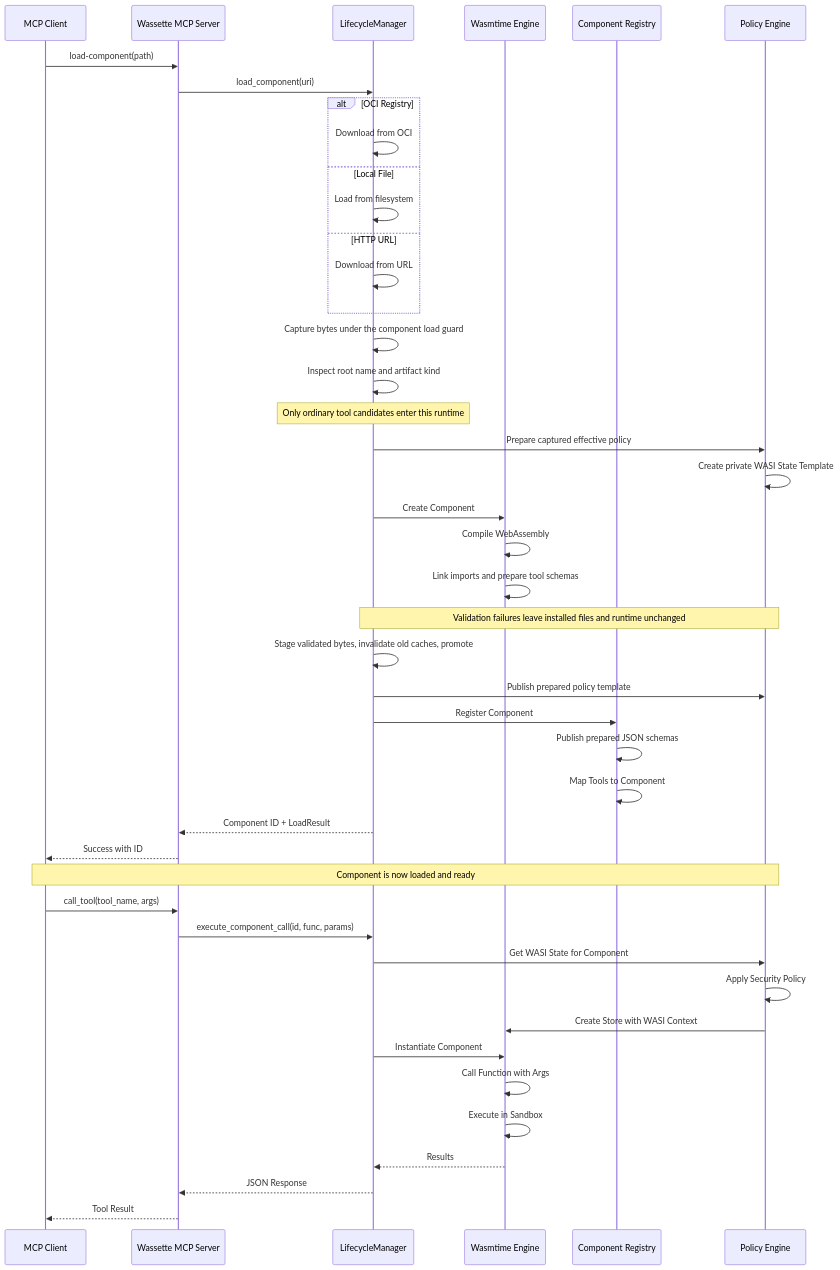
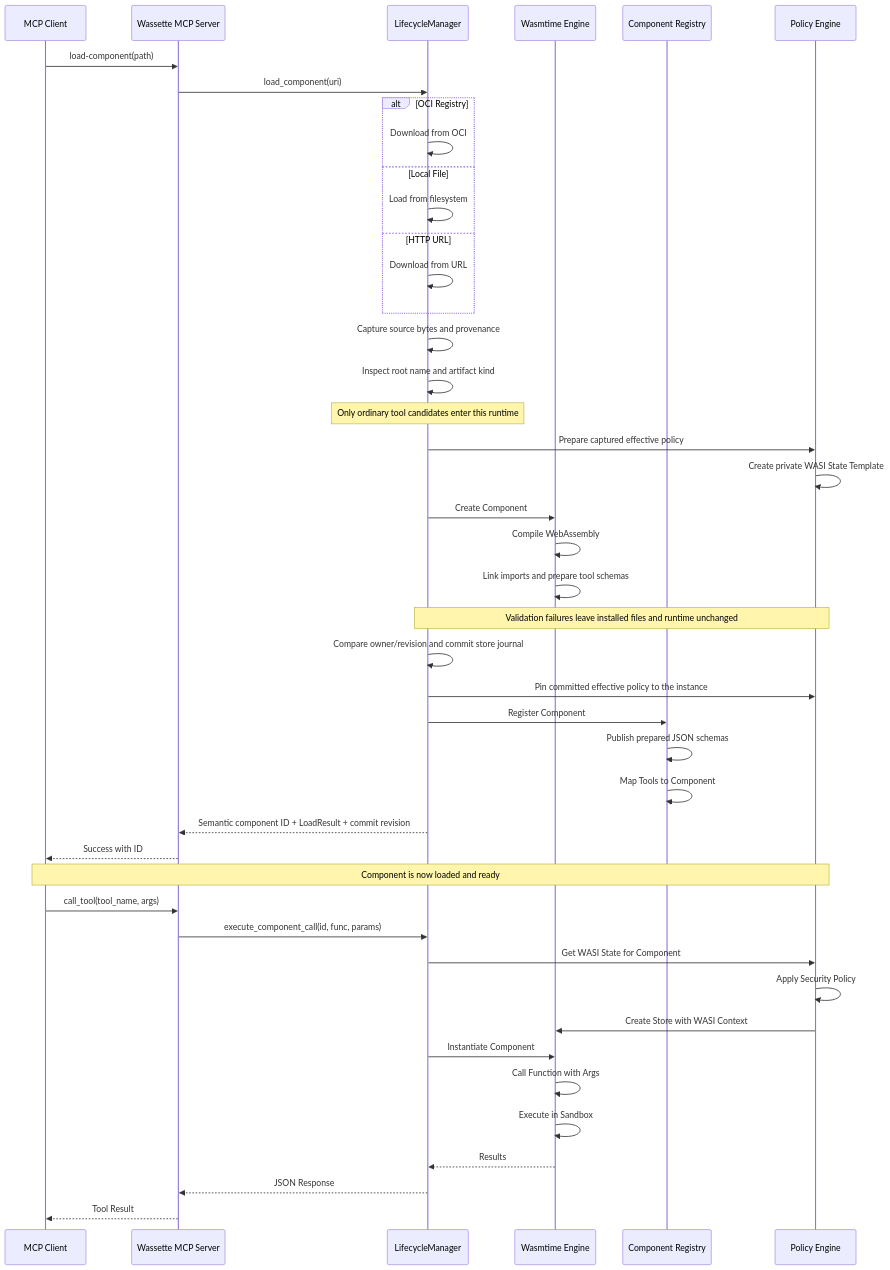
Before and after one commit to microsoft/wassette: the diagram in docs/design/architecture.md, drawn with Mermaid. The commit also changed other lines of this file and 44 other files, not shown here.

First line of the commit message:
Make component storage transactional and provenance-aware

````diff
--- a/docs/design/architecture.md
+++ b/docs/design/architecture.md
@@ -1,56 +1,56 @@
 ```mermaid
 sequenceDiagram
     participant Client as MCP Client
     participant Server as Wassette MCP Server
     participant LM as LifecycleManager
     participant Engine as Wasmtime Engine
     participant Registry as Component Registry
     participant Policy as Policy Engine
     
     Client->>Server: load-component(path)
     Server->>LM: load_component(uri)
     
     alt OCI Registry
         LM->>LM: Download from OCI
     else Local File
         LM->>LM: Load from filesystem
     else HTTP URL
         LM->>LM: Download from URL
     end
     
-    LM->>LM: Capture bytes under the component load guard
+    LM->>LM: Capture source bytes and provenance
     LM->>LM: Inspect root name and artifact kind
     Note over LM: Only ordinary tool candidates enter this runtime
     LM->>Policy: Prepare captured effective policy
     Policy->>Policy: Create private WASI State Template
     LM->>Engine: Create Component
     Engine->>Engine: Compile WebAssembly
     Engine->>Engine: Link imports and prepare tool schemas
     Note over LM,Policy: Validation failures leave installed files and runtime unchanged
-    LM->>LM: Stage validated bytes, invalidate old caches, promote
-    LM->>Policy: Publish prepared policy template
+    LM->>LM: Compare owner/revision and commit store journal
+    LM->>Policy: Pin committed effective policy to the instance
     
     LM->>Registry: Register Component
     Registry->>Registry: Publish prepared JSON schemas
     Registry->>Registry: Map Tools to Component
     
-    LM-->>Server: Component ID + LoadResult
+    LM-->>Server: Semantic component ID + LoadResult + commit revision
     Server-->>Client: Success with ID
     
     Note over Client,Policy: Component is now loaded and ready
     
     Client->>Server: call_tool(tool_name, args)
     Server->>LM: execute_component_call(id, func, params)
     
     LM->>Policy: Get WASI State for Component
     Policy->>Policy: Apply Security Policy
     Policy->>Engine: Create Store with WASI Context
     
     LM->>Engine: Instantiate Component
     Engine->>Engine: Call Function with Args
     Engine->>Engine: Execute in Sandbox
     
     Engine-->>LM: Results
     LM-->>Server: JSON Response
     Server-->>Client: Tool Result
 ```
````
